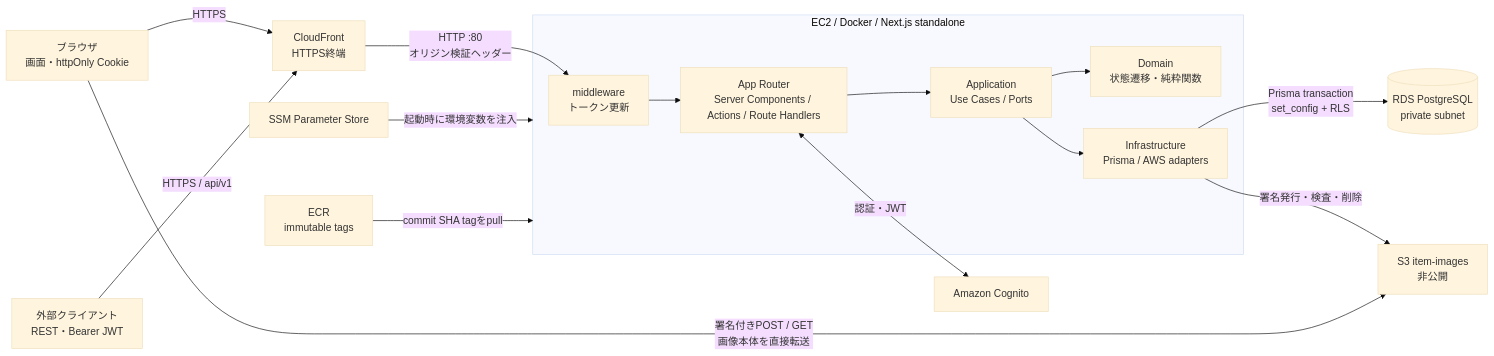
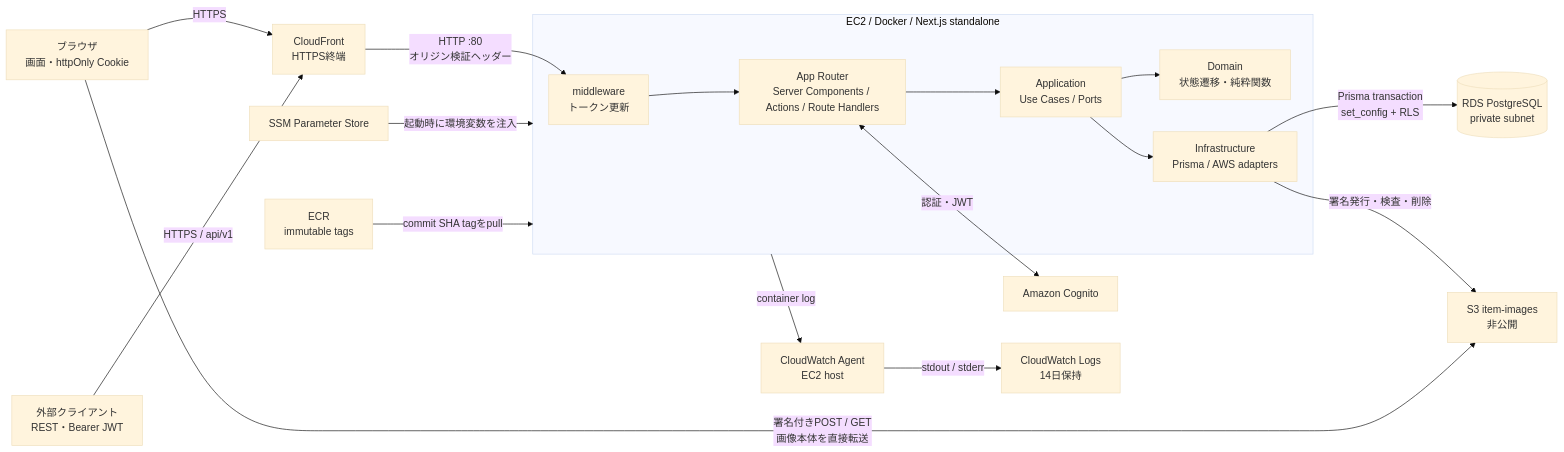
Before and after one commit to nanashi7c/mono-log_v0: the first of 3 diagrams in README.md, drawn with Mermaid (base theme). The commit also changed other lines of this file and 5 other files, not shown here.

````diff
--- a/README.md
+++ b/README.md
@@ -39,27 +40,29 @@
 ```mermaid
 flowchart LR
     Browser["ブラウザ<br/>画面・httpOnly Cookie"]
     ApiClient["外部クライアント<br/>REST・Bearer JWT"]
     CF["CloudFront<br/>HTTPS終端"]
 
     subgraph Runtime["EC2 / Docker / Next.js standalone"]
         MW["middleware<br/>トークン更新"]
         Delivery["App Router<br/>Server Components / Actions / Route Handlers"]
         UseCase["Application<br/>Use Cases / Ports"]
         Domain["Domain<br/>状態遷移・純粋関数"]
         Infra["Infrastructure<br/>Prisma / AWS adapters"]
         MW --> Delivery --> UseCase
         UseCase --> Domain
         UseCase --> Infra
     end
 
     Browser -->|"HTTPS"| CF
     ApiClient -->|"HTTPS / api/v1"| CF
     CF -->|"HTTP :80<br/>オリジン検証ヘッダー"| MW
     Delivery <-->|"認証・JWT"| Cognito["Amazon Cognito"]
     Infra -->|"Prisma transaction<br/>set_config + RLS"| RDS[("RDS PostgreSQL<br/>private subnet")]
     Infra -->|"署名発行・検査・削除"| S3["S3 item-images<br/>非公開"]
     Browser -->|"署名付きPOST / GET<br/>画像本体を直接転送"| S3
     SSM["SSM Parameter Store"] -->|"起動時に環境変数を注入"| Runtime
     ECR["ECR<br/>immutable tags"] -->|"commit SHA tagをpull"| Runtime
+    Runtime -->|"container log"| CWAgent["CloudWatch Agent<br/>EC2 host"]
+    CWAgent -->|"stdout / stderr"| CWL["CloudWatch Logs<br/>14日保持"]
 ```
````
